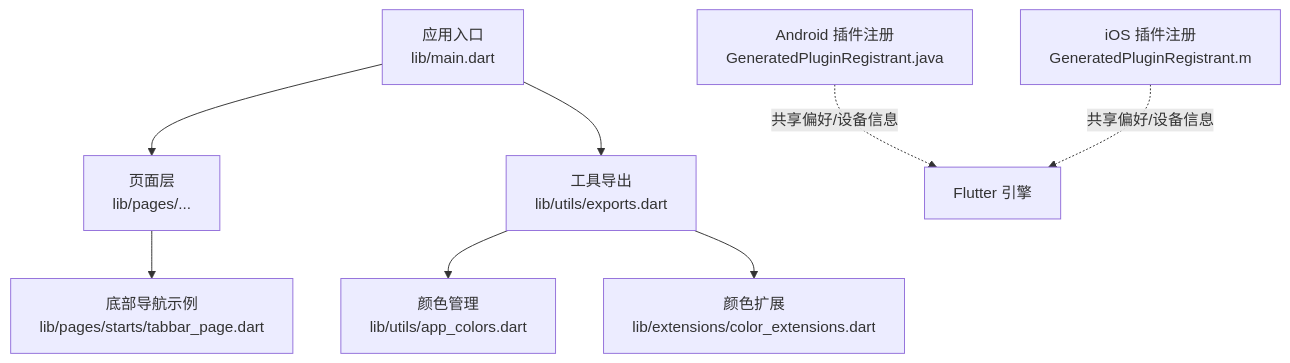
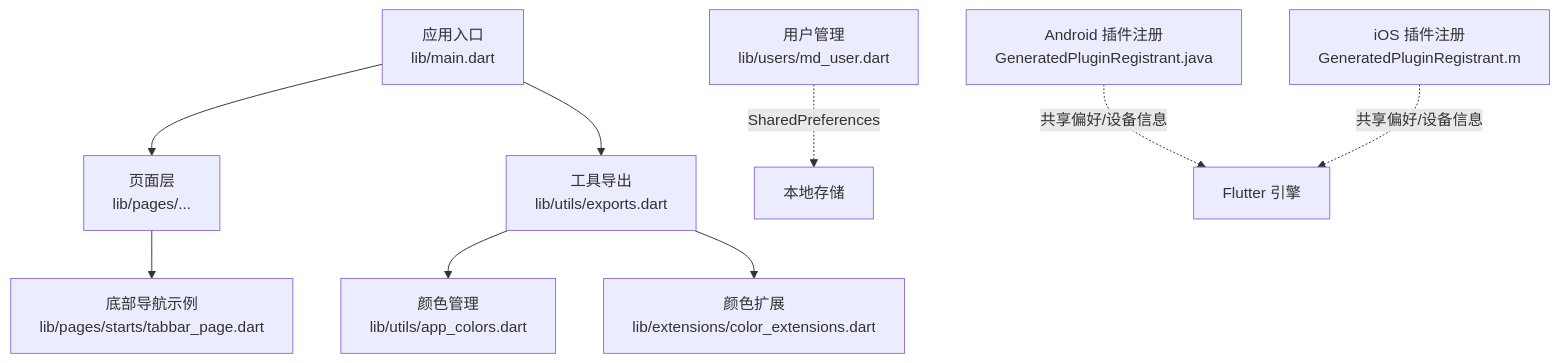
Before and after one commit to sfandy126/zslx_flutter: the first of 3 diagrams in .qoder/repowiki/zh/content/第三方集成/存储与工具库.md, drawn with Mermaid. The commit also changed other lines of this file and 43 other files, not shown here.

````diff
--- a/.qoder/repowiki/zh/content/第三方集成/存储与工具库.md
+++ b/.qoder/repowiki/zh/content/第三方集成/存储与工具库.md
@@ -44,10 +55,11 @@
 ```mermaid
 graph TB
 A["应用入口<br/>lib/main.dart"] --> B["页面层<br/>lib/pages/..."]
 A --> C["工具导出<br/>lib/utils/exports.dart"]
 C --> D["颜色管理<br/>lib/utils/app_colors.dart"]
 C --> E["颜色扩展<br/>lib/extensions/color_extensions.dart"]
 B --> F["底部导航示例<br/>lib/pages/starts/tabbar_page.dart"]
-G["Android 插件注册<br/>GeneratedPluginRegistrant.java"] -.->|共享偏好/设备信息| H["Flutter 引擎"]
-I["iOS 插件注册<br/>GeneratedPluginRegistrant.m"] -.->|共享偏好/设备信息| H
+G["用户管理<br/>lib/users/md_user.dart"] -.->|SharedPreferences| H["本地存储"]
+I["Android 插件注册<br/>GeneratedPluginRegistrant.java"] -.->|共享偏好/设备信息| J["Flutter 引擎"]
+K["iOS 插件注册<br/>GeneratedPluginRegistrant.m"] -.->|共享偏好/设备信息| J
 ```
````
